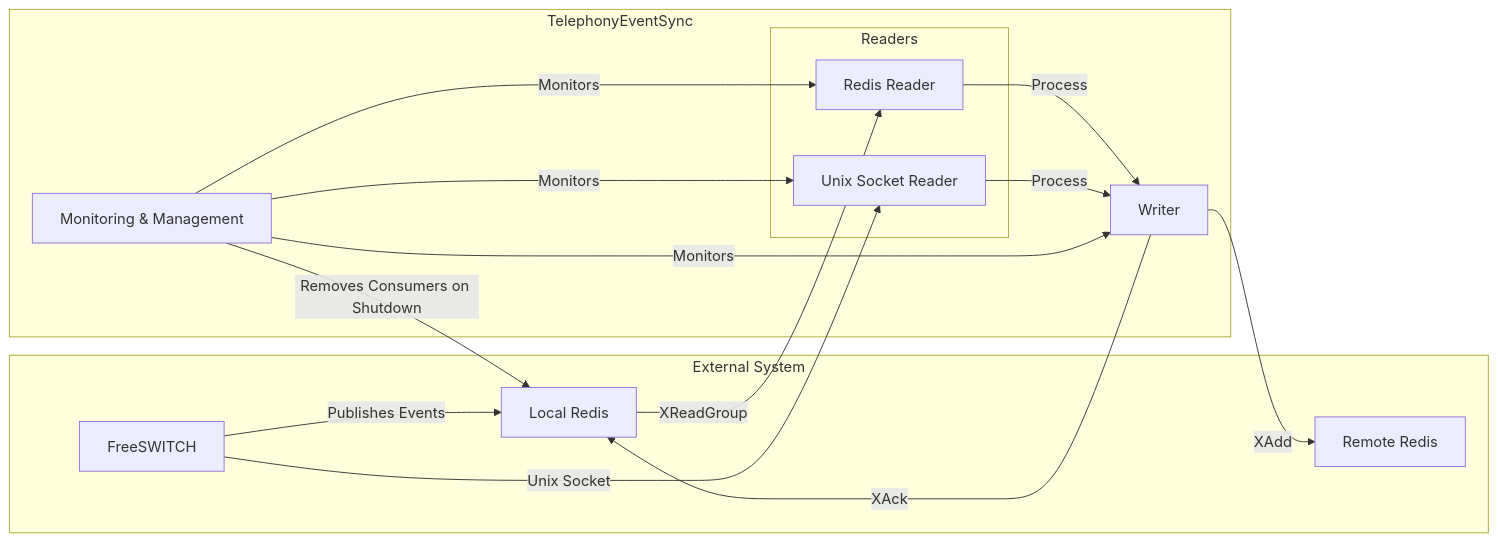
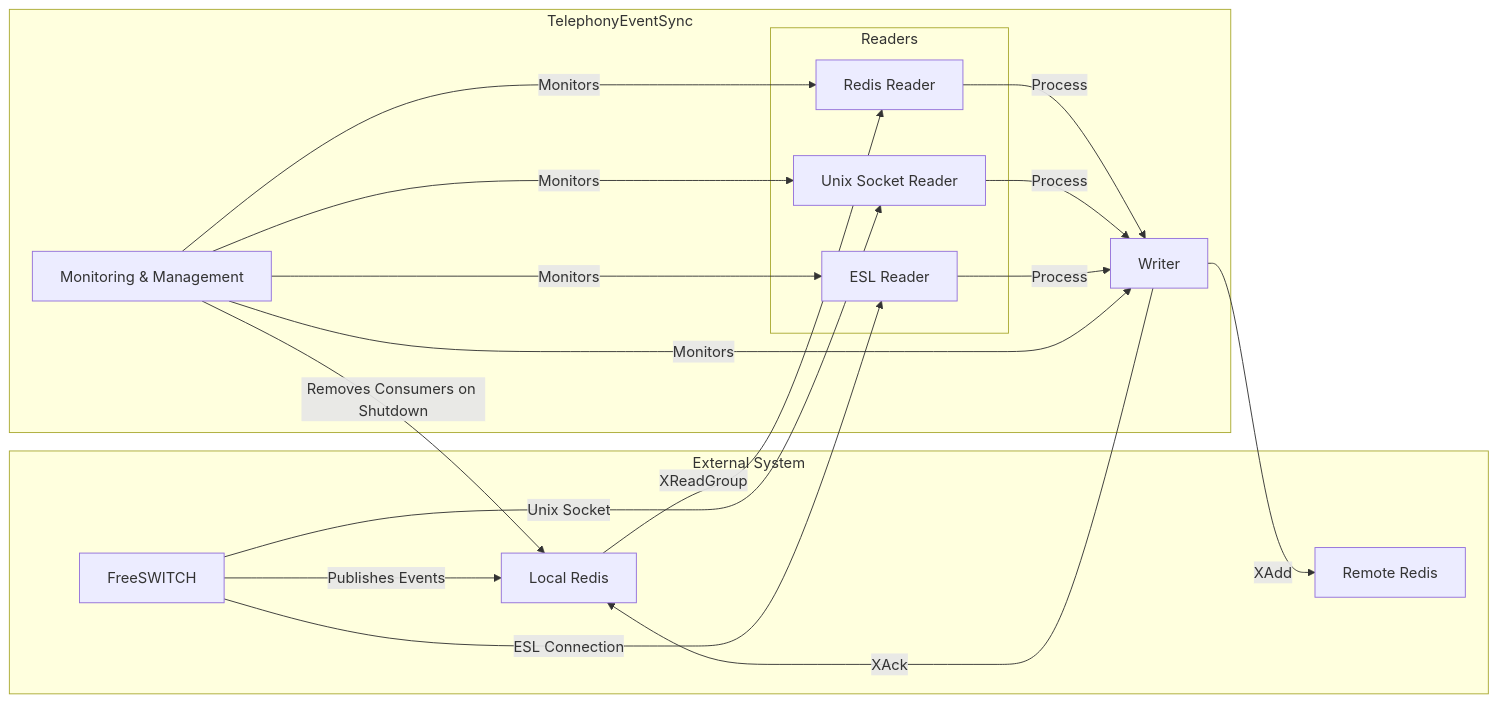
Before and after one commit to rauxiliar/telephonyEventSync: the fourth of 6 diagrams in README.md, drawn with Mermaid. The commit also changed other lines of this file and 6 other files, not shown here.

````diff
--- a/README.md
+++ b/README.md
@@ -79,34 +127,40 @@
 ```mermaid
 flowchart LR
     subgraph External System
         FS[FreeSWITCH]
         LR[Local Redis]
         RR[Remote Redis]
     end
 
     subgraph TelephonyEventSync
         subgraph Readers
             USR[Unix Socket Reader]
             RDR[Redis Reader]
+            ESR[ESL Reader]
         end
         WRT[Writer]
         MM[Monitoring & Management]
     end
 
     %% Main flow
     FS -- "Publishes Events" --> LR
     LR -- "XReadGroup" --> RDR
     RDR -- "Process" --> WRT
     WRT -- "XAdd" --> RR
     WRT -- "XAck" --> LR
 
     %% Alternative: Direct Unix Socket
     FS -- "Unix Socket" --> USR
     USR -- "Process" --> WRT
 
+    %% Alternative: ESL Connection
+    FS -- "ESL Connection" --> ESR
+    ESR -- "Process" --> WRT
+
     %% Monitoring
     MM -- "Monitors" --> USR
     MM -- "Monitors" --> RDR
+    MM -- "Monitors" --> ESR
     MM -- "Monitors" --> WRT
     MM -- "Removes Consumers on Shutdown" --> LR
 ```
````
